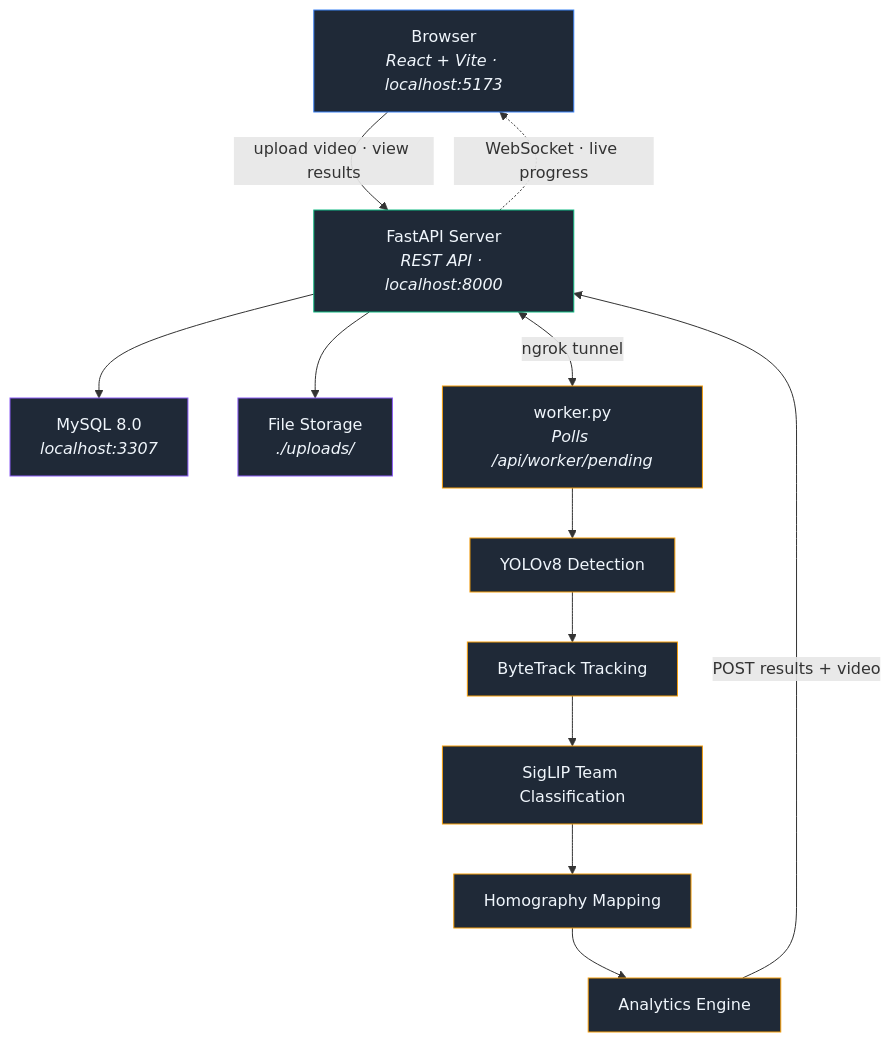
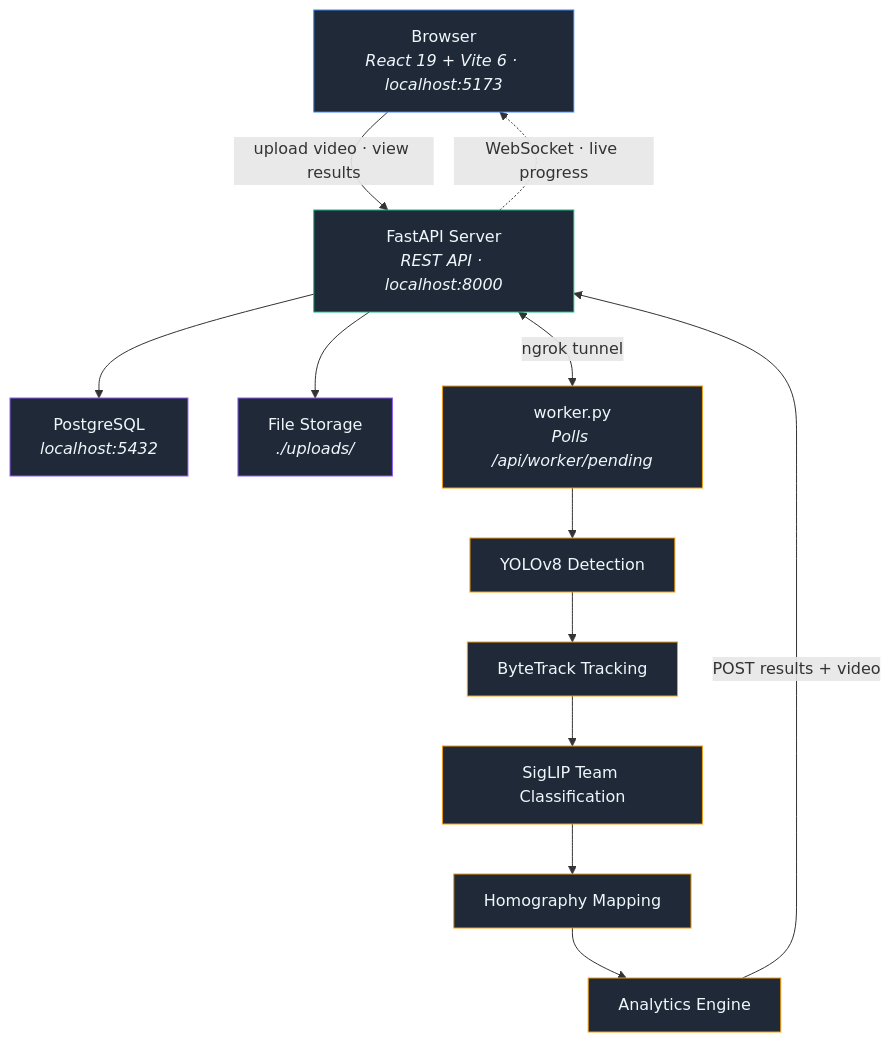
The first of 3 diagrams in README.md (esharif20/football-analytics-dashboard), drawn with Mermaid before and after one commit. The commit also changed other lines of this file and 183 other files, not shown here.

````diff
--- a/README.md
+++ b/README.md
@@ -11,32 +13,32 @@
 ```mermaid
 graph TD
-    Browser["Browser<br/><i>React + Vite · localhost:5173</i>"]
+    Browser["Browser<br/><i>React 19 + Vite 6 · localhost:5173</i>"]
 
     Browser -->|"upload video · view results"| API
     API -.->|"WebSocket · live progress"| Browser
 
     API["FastAPI Server<br/><i>REST API · localhost:8000</i>"]
-    API --> DB["MySQL 8.0<br/><i>localhost:3307</i>"]
+    API --> DB["PostgreSQL<br/><i>localhost:5432</i>"]
     API --> FS["File Storage<br/><i>./uploads/</i>"]
 
     API <-->|"ngrok tunnel"| Worker
 
     Worker["worker.py<br/><i>Polls /api/worker/pending</i>"]
     Worker --> Detect["YOLOv8 Detection"]
     Detect --> Track["ByteTrack Tracking"]
     Track --> Classify["SigLIP Team Classification"]
     Classify --> Map["Homography Mapping"]
     Map --> Analyse["Analytics Engine"]
     Analyse -->|"POST results + video"| API
 
     style Browser fill:#1f2937,stroke:#3b82f6,color:#f0f6fc
     style API fill:#1f2937,stroke:#10b981,color:#f0f6fc
     style DB fill:#1f2937,stroke:#8b5cf6,color:#f0f6fc
     style FS fill:#1f2937,stroke:#8b5cf6,color:#f0f6fc
     style Worker fill:#1f2937,stroke:#f59e0b,color:#f0f6fc
     style Detect fill:#1f2937,stroke:#f59e0b,color:#f0f6fc
     style Track fill:#1f2937,stroke:#f59e0b,color:#f0f6fc
     style Classify fill:#1f2937,stroke:#f59e0b,color:#f0f6fc
     style Map fill:#1f2937,stroke:#f59e0b,color:#f0f6fc
     style Analyse fill:#1f2937,stroke:#f59e0b,color:#f0f6fc
 ```
````
